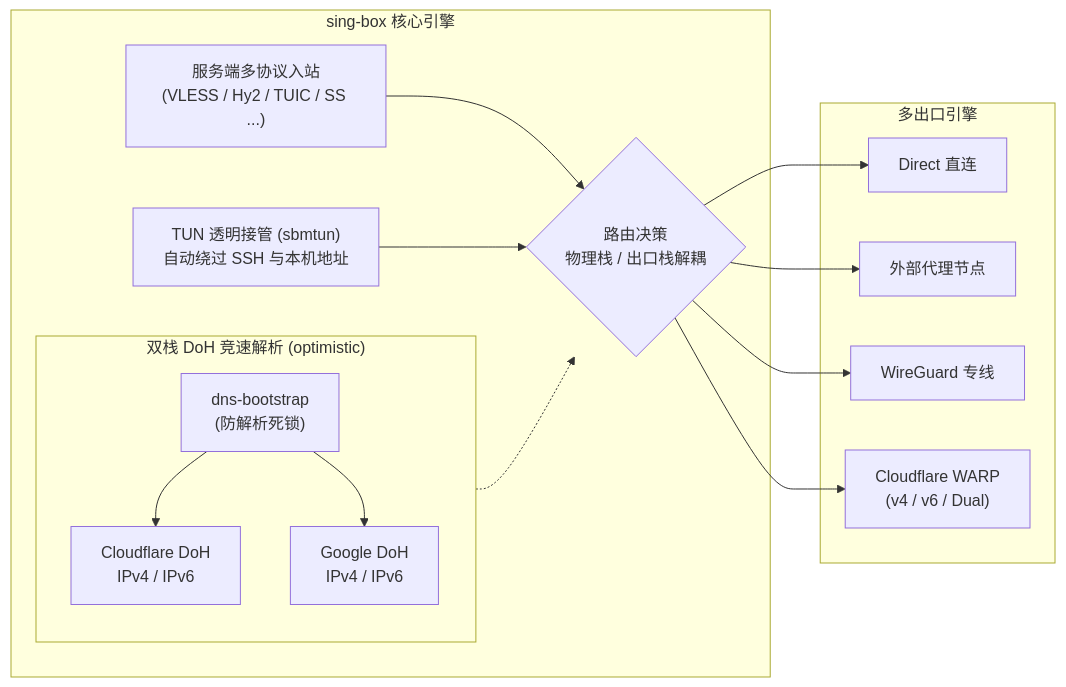
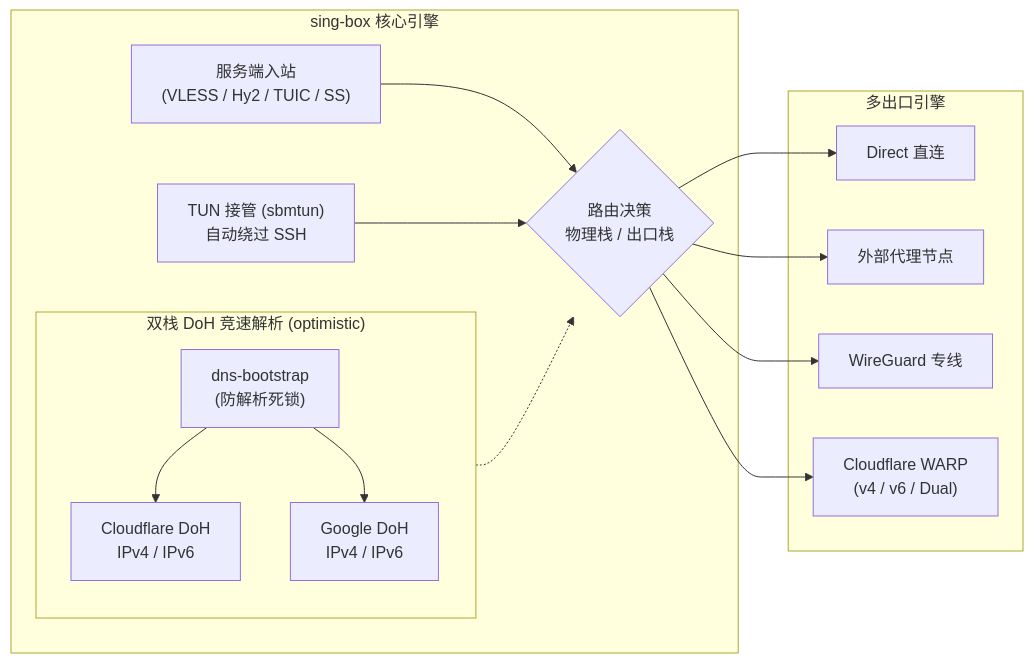
One commit to 88860/S-Singbox-Manager changed the diagram in readme.md. Above: the diagram before and after it, drawn with Mermaid. The commit also changed other lines of this file and 1 other file, not shown here.

Commit message:
docs: unescape details/summary tags and simplify mermaid arch nodes

````diff
--- a/readme.md
+++ b/readme.md
@@ -120,32 +120,32 @@
 ```mermaid
 flowchart LR
     subgraph DNS["双栈 DoH 竞速解析 (optimistic)"]
         direction TB
         B["dns-bootstrap<br/>(防解析死锁)"] --> CF["Cloudflare DoH<br/>IPv4 / IPv6"]
         B --> GG["Google DoH<br/>IPv4 / IPv6"]
     end
 
 
     subgraph Core["sing-box 核心引擎"]
-        IN["服务端多协议入站<br/>(VLESS / Hy2 / TUIC / SS ...)"]
-        TUN["TUN 透明接管 (sbmtun)<br/>自动绕过 SSH 与本机地址"]
-        R{"路由决策<br/>物理栈 / 出口栈解耦"}
+        IN["服务端入站<br/>(VLESS / Hy2 / TUIC / SS)"]
+        TUN["TUN 接管 (sbmtun)<br/>自动绕过 SSH"]
+        R{"路由决策<br/>物理栈 / 出口栈"}
         IN --> R
         TUN --> R
         DNS -.-> R
     end
 
 
     subgraph Exit["多出口引擎"]
         D["Direct 直连"]
         P["外部代理节点"]
         WG["WireGuard 专线"]
         W["Cloudflare WARP<br/>(v4 / v6 / Dual)"]
     end
 
 
     R --> D
     R --> P
     R --> WG
     R --> W
 ```
````
